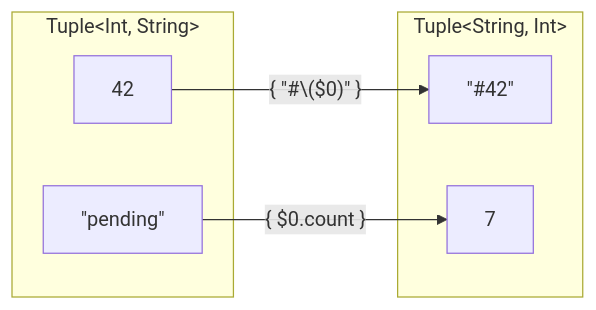
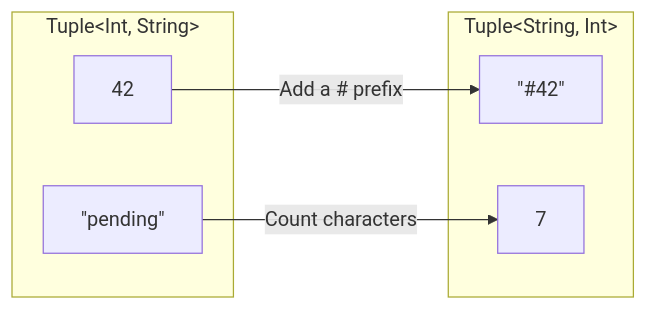
One commit to brunogama/TupleKit changed the second of 4 diagrams in README.md. Above: the diagram before and after it, drawn with Mermaid. The commit also changed other lines of this file, not shown here.

````diff
--- a/README.md
+++ b/README.md
@@ -28,13 +28,13 @@
 ```mermaid
 flowchart LR
-    subgraph Input["Tuple&lt;Int, String&gt;"]
+    subgraph Input["Tuple#lt;Int, String#gt;"]
         A1["42"]
-        A2["&quot;pending&quot;"]
+        A2["#quot;pending#quot;"]
     end
-    subgraph Output["Tuple&lt;String, Int&gt;"]
-        B1["&quot;#42&quot;"]
+    subgraph Output["Tuple#lt;String, Int#gt;"]
+        B1["#quot;#42#quot;"]
         B2["7"]
     end
-    A1 -- "{ &quot;#\($0)&quot; }" --> B1
-    A2 -- "{ $0.count }" --> B2
+    A1 -->|Add a # prefix| B1
+    A2 -->|Count characters| B2
 ```
````
